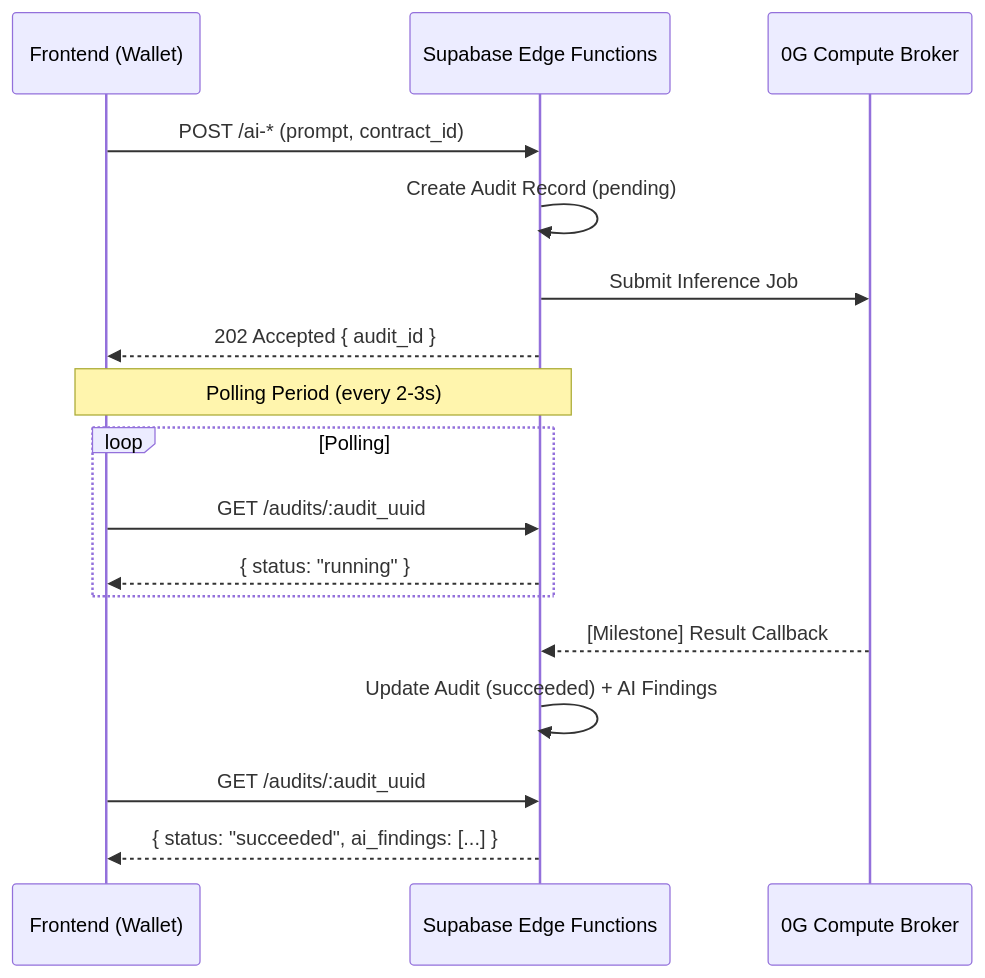
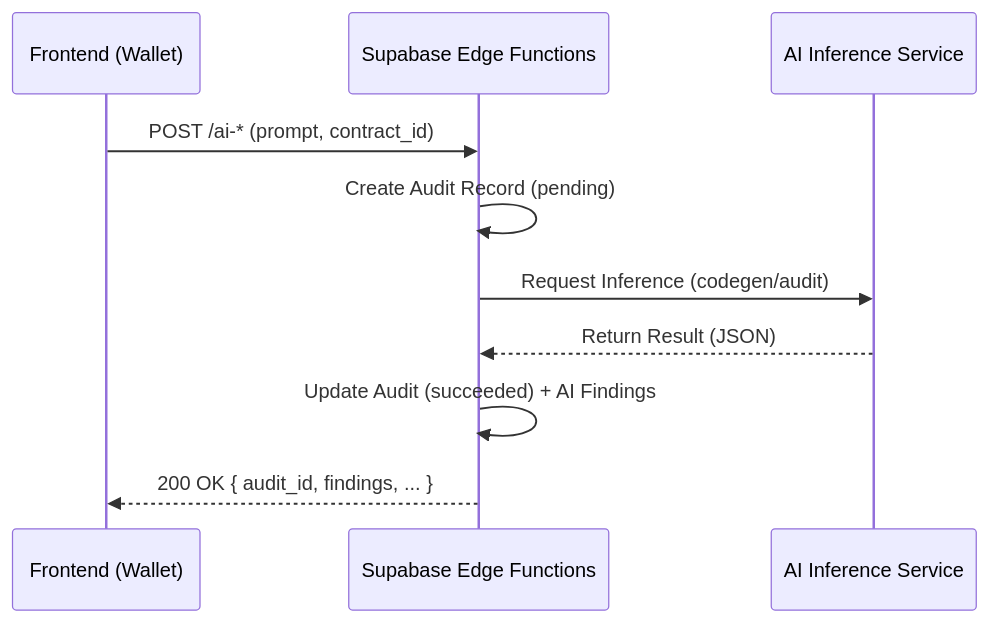
Before and after one commit to we-are-lumen/ZeroVuln: the second of 3 diagrams in be/README.md, drawn with Mermaid. The commit also changed other lines of this file and 2 other files, not shown here.

Commit message:
chore: update 0g-skills documentation, examples, and CI configuration for improved project consistency

````diff
--- a/be/README.md
+++ b/be/README.md
@@ -151,24 +153,13 @@
 ```mermaid
 sequenceDiagram
     participant FE as Frontend (Wallet)
     participant BE as Supabase Edge Functions
-    participant OG as 0G Compute Broker
+    participant AI as AI Inference Service
 
     FE->>BE: POST /ai-* (prompt, contract_id)
     BE->>BE: Create Audit Record (pending)
-    BE->>OG: Submit Inference Job
-    BE-->>FE: 202 Accepted { audit_id }
-
-    Note over FE, BE: Polling Period (every 2-3s)
-    
-    loop Polling
-        FE->>BE: GET /audits/:audit_uuid
-        BE-->>FE: { status: "running" }
-    end
-
-    OG-->>BE: [Milestone] Result Callback
+    BE->>AI: Request Inference (codegen/audit)
+    AI-->>BE: Return Result (JSON)
     BE->>BE: Update Audit (succeeded) + AI Findings
-
-    FE->>BE: GET /audits/:audit_uuid
-    BE-->>FE: { status: "succeeded", ai_findings: [...] }
+    BE-->>FE: 200 OK { audit_id, findings, ... }
 ```
````
